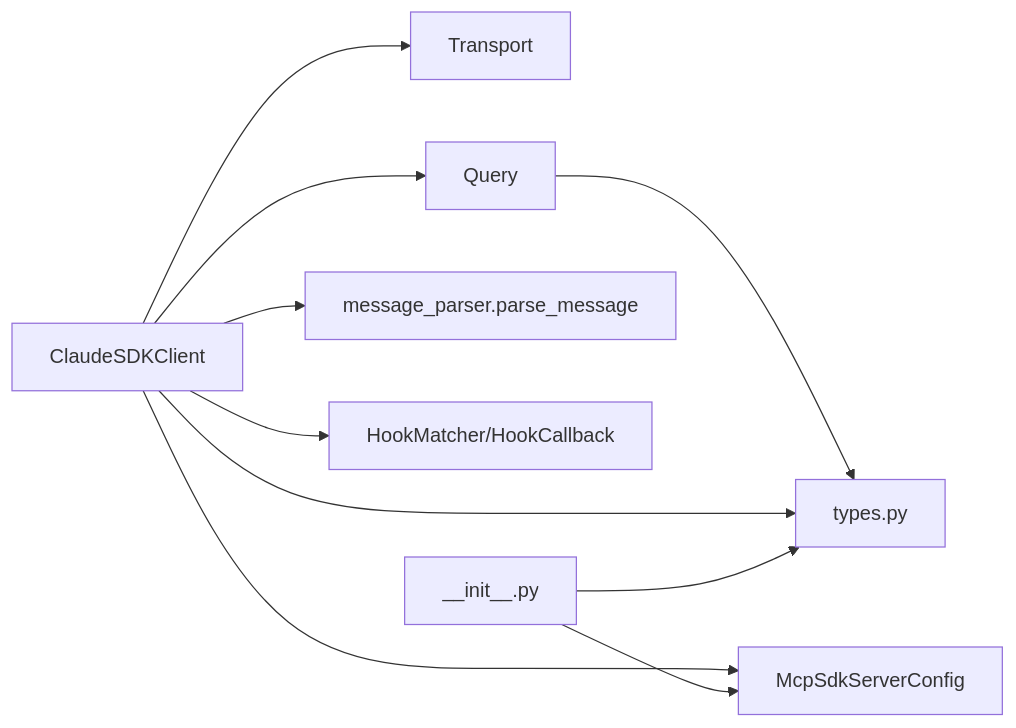
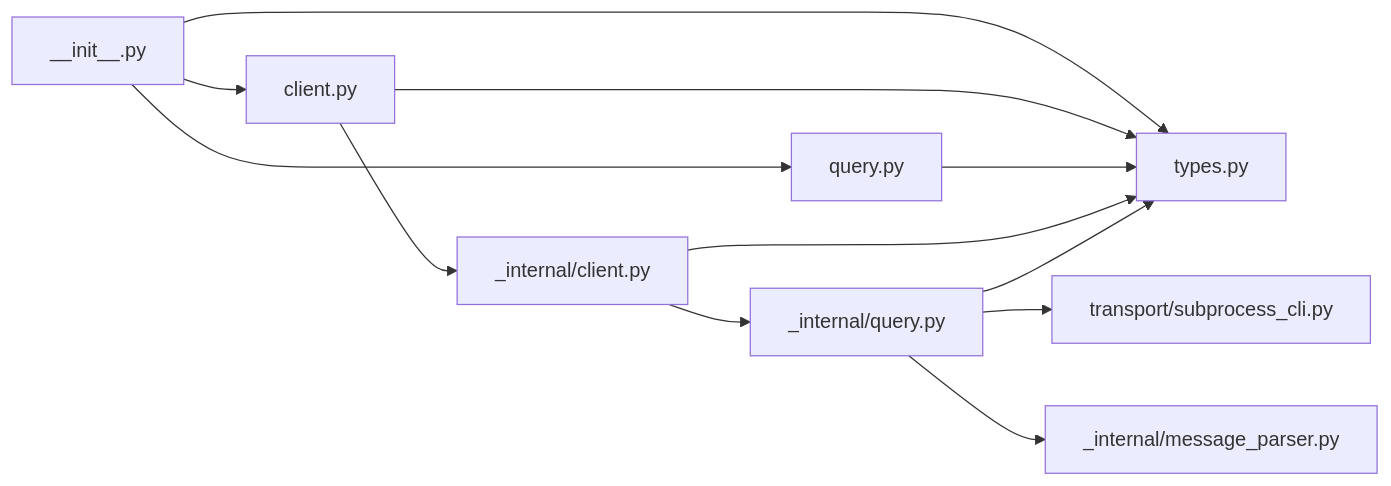
Before and after one commit to defulat-coder/claude-agent-sdk-python: the eighth of 8 diagrams in .qoder/repowiki/zh/content/高级功能/高级功能.md, drawn with Mermaid. The commit also changed other lines of this file and 77 other files, not shown here.

````diff
--- a/.qoder/repowiki/zh/content/高级功能/高级功能.md
+++ b/.qoder/repowiki/zh/content/高级功能/高级功能.md
@@ -275,12 +337,14 @@
 ```mermaid
 graph LR
-Client["ClaudeSDKClient"] --> Transport["Transport"]
-Client --> Query["Query"]
-Client --> Parser["message_parser.parse_message"]
-Client --> MCP["McpSdkServerConfig"]
-Client --> Hooks["HookMatcher/HookCallback"]
-Query --> Types["types.py"]
+Init["__init__.py"] --> Types["types.py"]
+Init --> Client["client.py"]
+Init --> Query["query.py"]
+Client --> IntClient["_internal/client.py"]
+IntClient --> QueryInt["_internal/query.py"]
+QueryInt --> Transport["transport/subprocess_cli.py"]
+QueryInt --> Parser["_internal/message_parser.py"]
 Client --> Types
-Init["__init__.py"] --> Types
-Init --> MCP
+Query --> Types
+IntClient --> Types
+QueryInt --> Types
 ```
````
